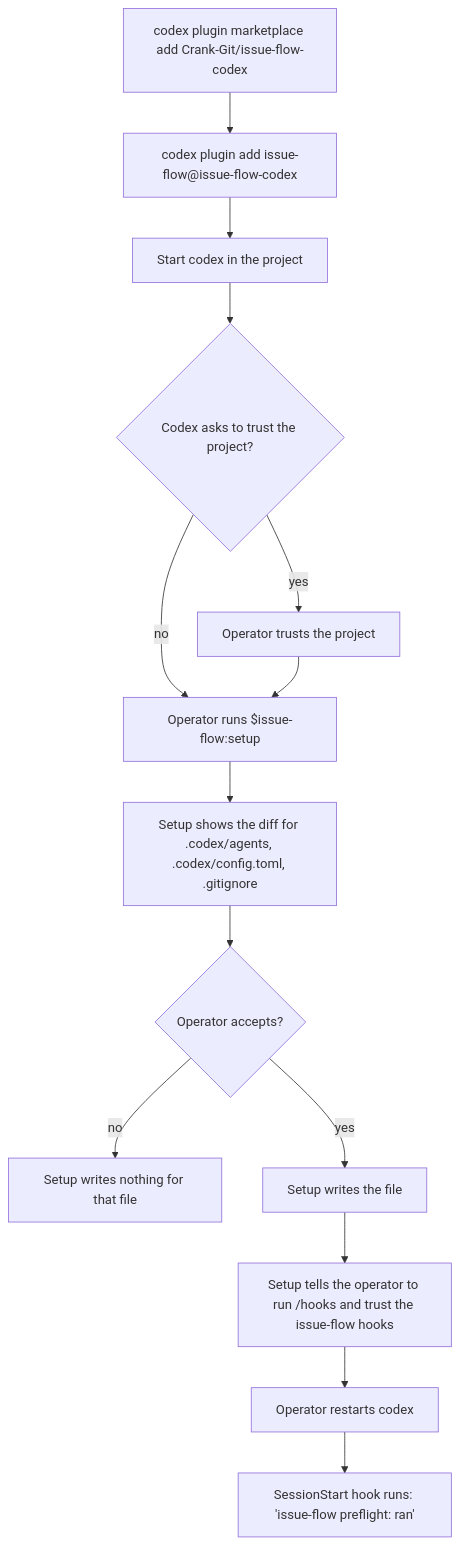
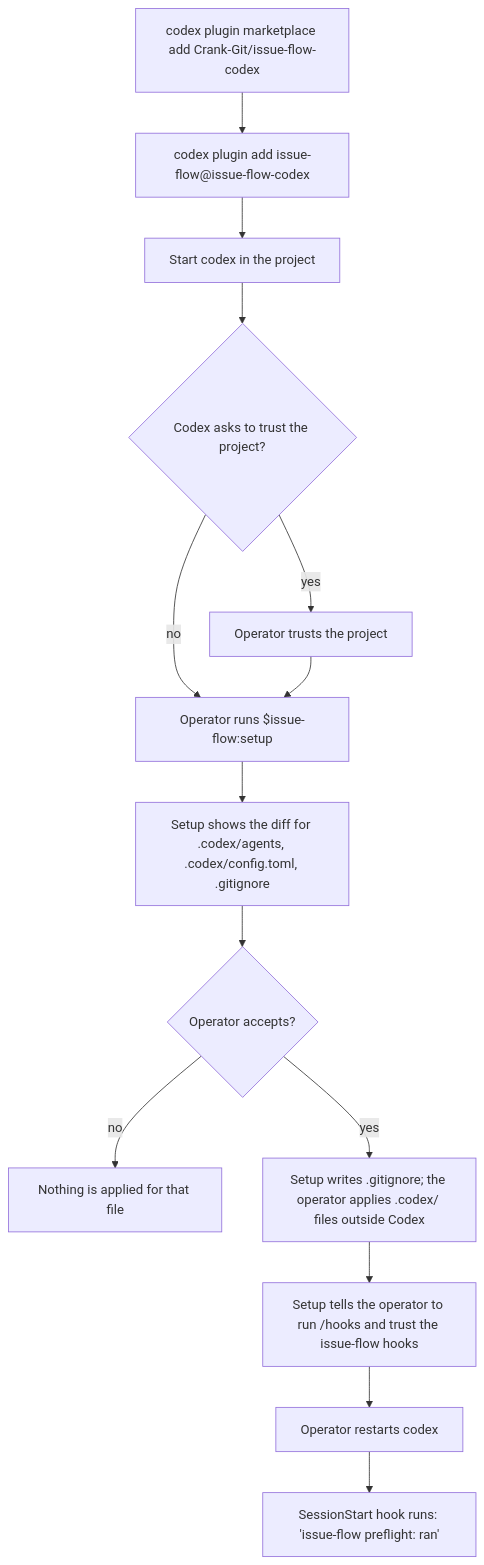
One commit to Crank-Git/issue-flow-codex changed the first of 3 diagrams in docs/specs/features/01-plugin-packaging.md. Above: the diagram before and after it, drawn with Mermaid. The commit also changed other lines of this file and 4 other files, not shown here.

````diff
--- a/docs/specs/features/01-plugin-packaging.md
+++ b/docs/specs/features/01-plugin-packaging.md
@@ -78,16 +78,16 @@
 ```mermaid
 flowchart TD
     A["codex plugin marketplace add Crank-Git/issue-flow-codex"] --> B["codex plugin add issue-flow@issue-flow-codex"]
     B --> C["Start codex in the project"]
     C --> D{"Codex asks to trust the project?"}
     D -- "yes" --> E["Operator trusts the project"]
     D -- "no" --> F
     E --> F["Operator runs $issue-flow:setup"]
     F --> G["Setup shows the diff for .codex/agents, .codex/config.toml, .gitignore"]
     G --> H{"Operator accepts?"}
-    H -- "no" --> I["Setup writes nothing for that file"]
-    H -- "yes" --> J["Setup writes the file"]
+    H -- "no" --> I["Nothing is applied for that file"]
+    H -- "yes" --> J["Setup writes .gitignore; the operator applies .codex/ files outside Codex"]
     J --> K["Setup tells the operator to run /hooks and trust the issue-flow hooks"]
     K --> L["Operator restarts codex"]
     L --> M["SessionStart hook runs: 'issue-flow preflight: ran'"]
 ```
````
